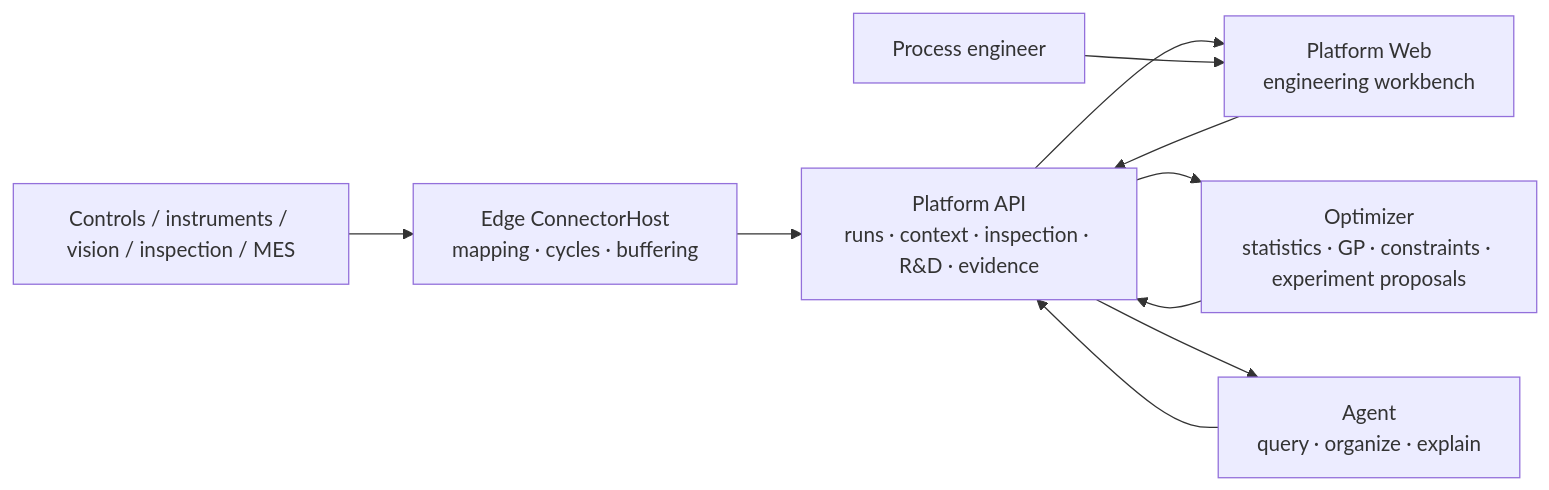
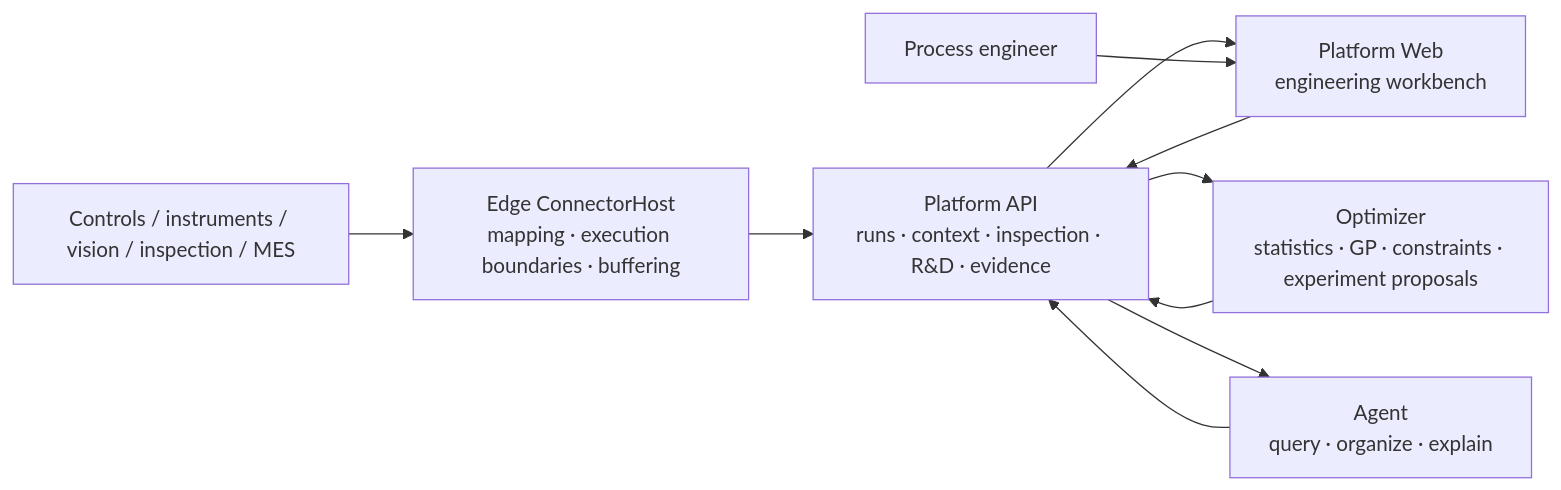
Before and after one commit to liuweichaox/Ingot: the diagram in README.en.md, drawn with Mermaid. The commit also changed other lines of this file and 308 other files, not shown here.

````diff
--- a/README.en.md
+++ b/README.en.md
@@ -100,12 +100,12 @@
 ```mermaid
 flowchart LR
-    Sources["Controls / instruments / vision / inspection / MES"] --> Edge["Edge ConnectorHost\nmapping · cycles · buffering"]
+    Sources["Controls / instruments / vision / inspection / MES"] --> Edge["Edge ConnectorHost\nmapping · execution boundaries · buffering"]
     Edge --> Platform["Platform API\nruns · context · inspection · R&D · evidence"]
     Platform --> Web["Platform Web\nengineering workbench"]
     Platform --> Optimizer["Optimizer\nstatistics · GP · constraints · experiment proposals"]
     Platform --> Agent["Agent\nquery · organize · explain"]
     Engineer["Process engineer"] --> Web
     Web --> Platform
     Optimizer --> Platform
     Agent --> Platform
 ```
````
